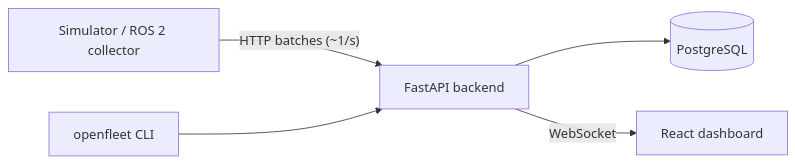
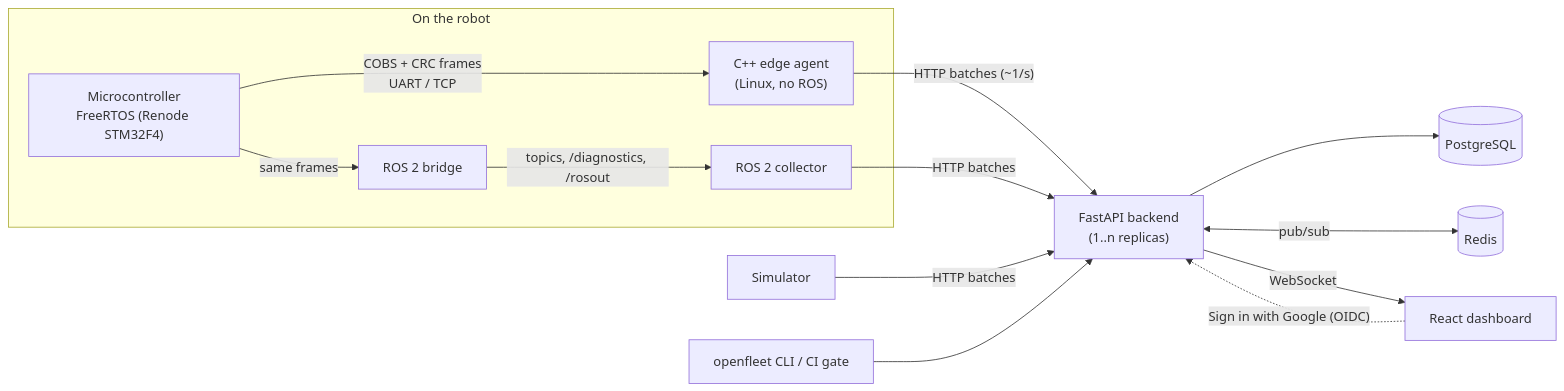
One commit to saiken13/openfleet-replay changed the diagram in README.md. Above: the diagram before and after it, drawn with Mermaid. The commit also changed other lines of this file and 5 other files, not shown here.

First line of the commit message:
README: pitch, screenshots, highlights and full architecture

````diff
--- a/README.md
+++ b/README.md
@@ -160,7 +183,21 @@
 ```mermaid
 flowchart LR
-    SIM["Simulator / ROS 2 collector"] -- "HTTP batches (~1/s)" --> API["FastAPI backend"]
+    subgraph Robot["On the robot"]
+        MCU["Microcontroller<br/>FreeRTOS (Renode STM32F4)"]
+        EDGE["C++ edge agent<br/>(Linux, no ROS)"]
+        BRIDGE["ROS 2 bridge"]
+        COL["ROS 2 collector"]
+    end
+    SIM["Simulator"]
+    MCU -- "COBS + CRC frames<br/>UART / TCP" --> EDGE
+    MCU -- "same frames" --> BRIDGE
+    BRIDGE -- "topics, /diagnostics, /rosout" --> COL
+    EDGE -- "HTTP batches (~1/s)" --> API["FastAPI backend<br/>(1..n replicas)"]
+    COL -- "HTTP batches" --> API
+    SIM -- "HTTP batches" --> API
     API --> PG[("PostgreSQL")]
+    API <-->|pub/sub| RD[("Redis")]
     API -- "WebSocket" --> UI["React dashboard"]
-    CLI["openfleet CLI"] --> API
+    CLI["openfleet CLI / CI gate"] --> API
+    UI -. "Sign in with Google (OIDC)" .-> API
 ```
````
